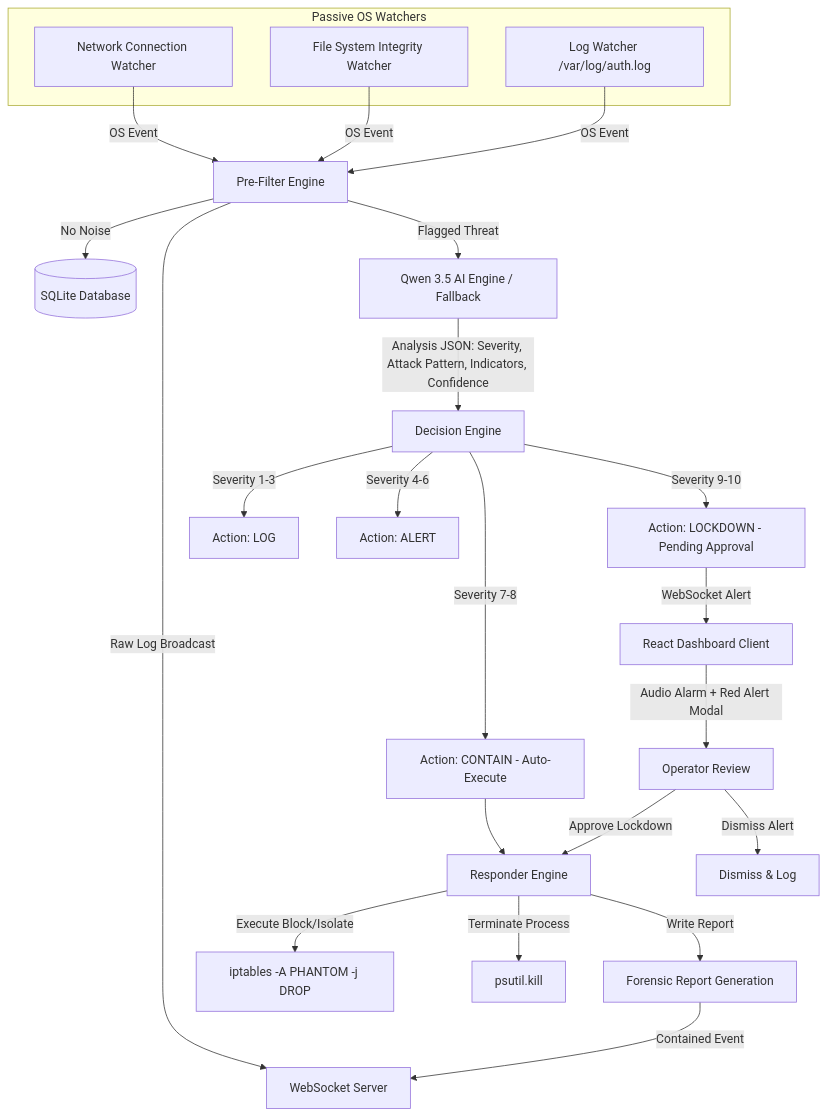
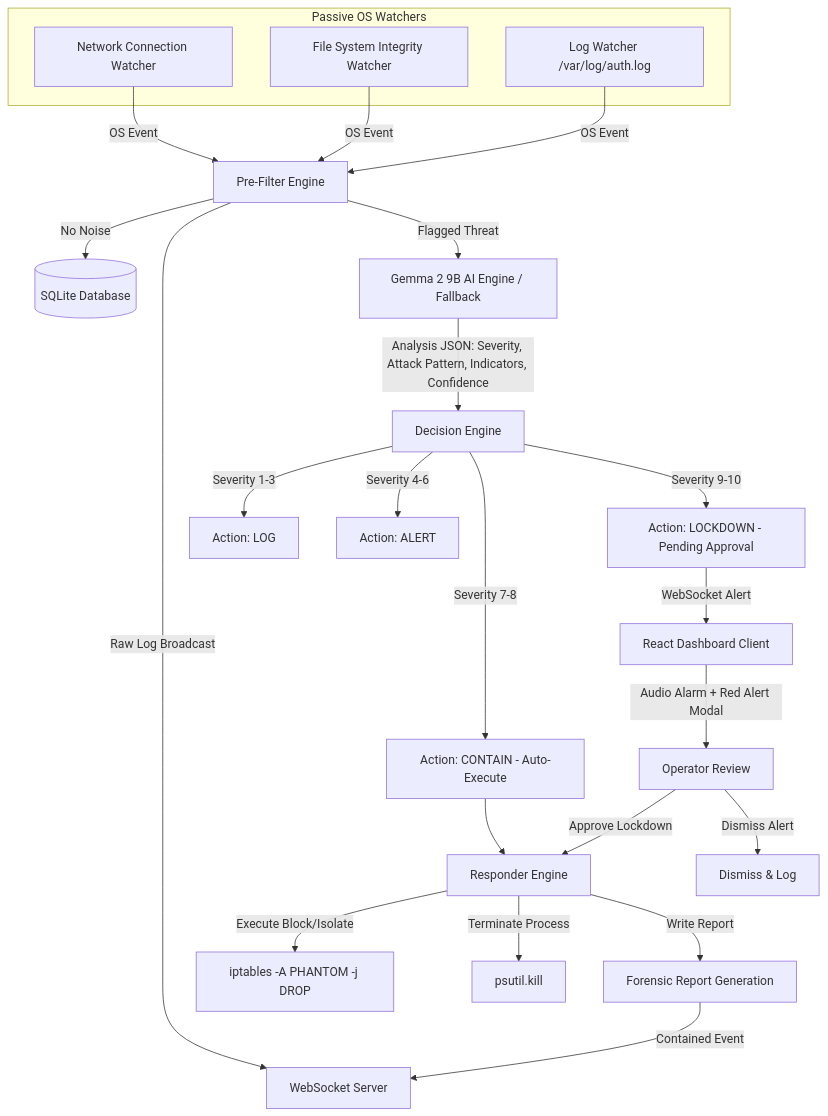
Before and after one commit to iam-tarun-86/phantomagent: the diagram in README.md, drawn with Mermaid. The commit also changed other lines of this file and 1 other file, not shown here.

Commit message:
docs: update model reference to Gemma 2 9B running on llama.cpp

````diff
--- a/README.md
+++ b/README.md
@@ -27,41 +27,41 @@
 ```mermaid
 graph TD
     %% Watchers Section
     subgraph Watchers [Passive OS Watchers]
         NW[Network Connection Watcher]
         FW[File System Integrity Watcher]
         LW[Log Watcher /var/log/auth.log]
     end
 
     %% Pre-Filter
     NW --> |OS Event| PF[Pre-Filter Engine]
     FW --> |OS Event| PF
     LW --> |OS Event| PF
 
     %% Database & Live Logs
     PF --> |No Noise| DB[(SQLite Database)]
     PF --> |Raw Log Broadcast| WS[WebSocket Server]
 
     %% AI Pipeline
-    PF --> |Flagged Threat| QE[Qwen 3.5 AI Engine / Fallback]
+    PF --> |Flagged Threat| QE[Gemma 2 9B AI Engine / Fallback]
     QE --> |Analysis JSON: Severity, Attack Pattern, Indicators, Confidence| DE[Decision Engine]
 
     %% Decision Engine Routing
     DE --> |Severity 1-3| LOG[Action: LOG]
     DE --> |Severity 4-6| ALT[Action: ALERT]
     DE --> |Severity 7-8| AC[Action: CONTAIN - Auto-Execute]
     DE --> |Severity 9-10| LA[Action: LOCKDOWN - Pending Approval]
 
     %% Responder Action
     AC --> RESP[Responder Engine]
     LA --> |WebSocket Alert| UI[React Dashboard Client]
     UI --> |Audio Alarm + Red Alert Modal| OP[Operator Review]
     OP --> |Approve Lockdown| RESP
     OP --> |Dismiss Alert| DIS[Dismiss & Log]
 
     %% Responder Execution
     RESP --> |Execute Block/Isolate| iptables[iptables -A PHANTOM -j DROP]
     RESP --> |Terminate Process| Kill[psutil.kill]
     RESP --> |Write Report| FR[Forensic Report Generation]
     FR --> |Contained Event| WS
 ```
````
